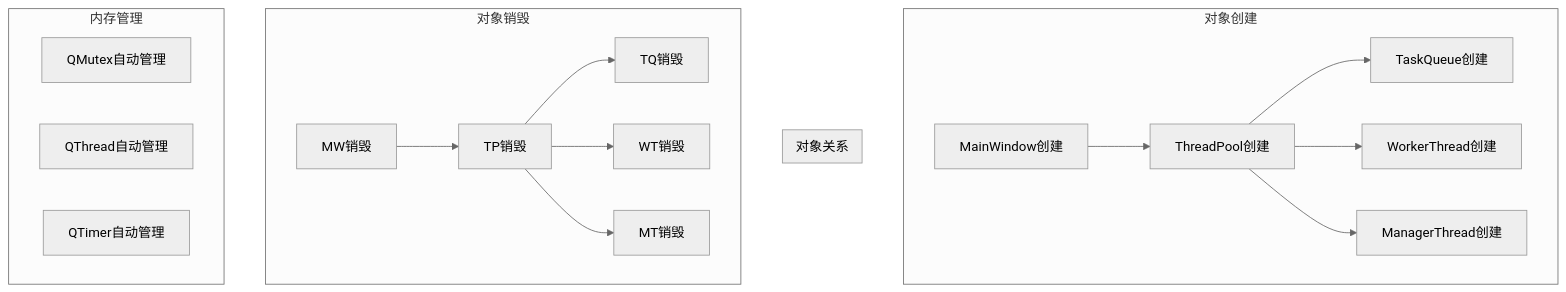
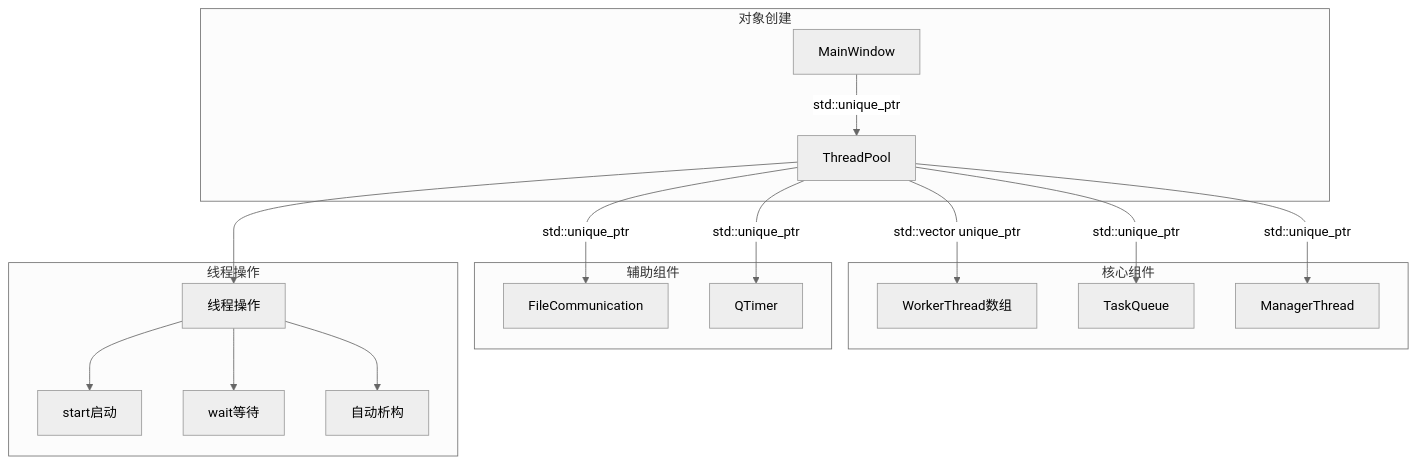
The tenth of 12 diagrams in README.md (HuJingwen1211/QT-ThreadPool), drawn with Mermaid (neutral theme) before and after one commit. The commit also changed other lines of this file and 4 other files, not shown here.

````diff
--- a/README.md
+++ b/README.md
@@ -538,30 +593,28 @@
 ```mermaid
 graph TD
     subgraph "对象创建"
-        MW[MainWindow创建]
-        TP[ThreadPool创建]
-        TQ[TaskQueue创建]
-        WT[WorkerThread创建]
-        MT[ManagerThread创建]
+        MW[MainWindow]
+        TP[ThreadPool]
+        MW -->|std::unique_ptr| TP
     end
-    
-    subgraph "对象关系"
-        MW --> TP
-        TP --> TQ
-        TP --> WT
-        TP --> MT
+
+    subgraph "核心组件"
+        TP -->|std::vector unique_ptr| WT[WorkerThread数组]
+        TP -->|std::unique_ptr| TQ[TaskQueue]
+        TP -->|std::unique_ptr| MT[ManagerThread]
     end
-    
-    subgraph "对象销毁"
-        MW销毁 --> TP销毁
-        TP销毁 --> TQ销毁
-        TP销毁 --> WT销毁
-        TP销毁 --> MT销毁
+
+    subgraph "辅助组件"
+        TP -->|std::unique_ptr| FC[FileCommunication]
+        TP -->|std::unique_ptr| QT[QTimer]
     end
-    
-    subgraph "内存管理"
-        QMutex[QMutex自动管理]
-        QThread[QThread自动管理]
-        QTimer[QTimer自动管理]
+
+    subgraph "线程操作"
+        ROOT[线程操作]
+        ROOT --> S[start启动]
+        ROOT --> W[wait等待]
+        ROOT --> D[自动析构]
     end
+
+    TP --> ROOT
 ```
````
